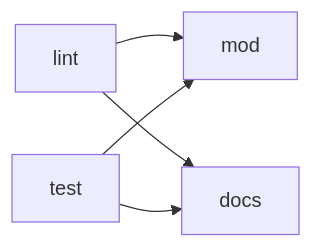
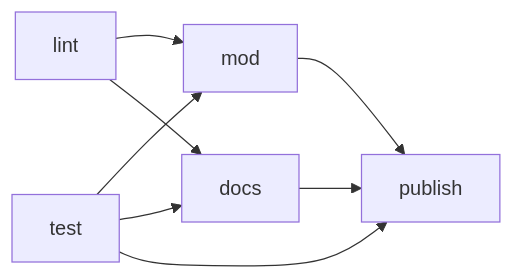
One commit to ivan-podgornov/peetland changed the diagram in docs/process/ci.md. Above: the diagram before and after it, drawn with Mermaid. The commit also changed other lines of this file and 8 other files, not shown here.

````diff
--- a/docs/process/ci.md
+++ b/docs/process/ci.md
@@ -14,7 +14,10 @@
 ```mermaid
 flowchart LR
   lint --> mod
   test --> mod
   lint --> docs
   test --> docs
+  test --> publish
+  mod --> publish
+  docs --> publish
 ```
````
